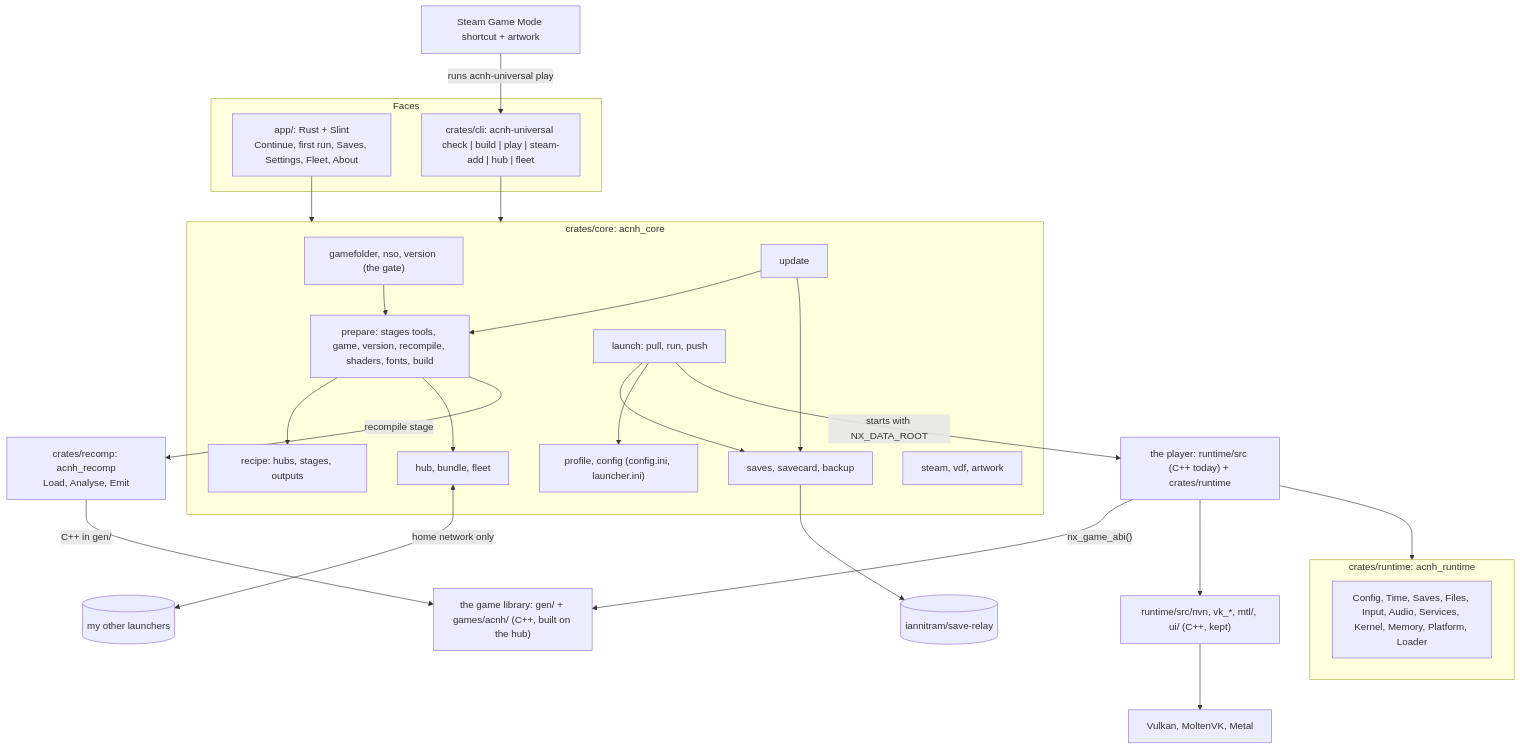
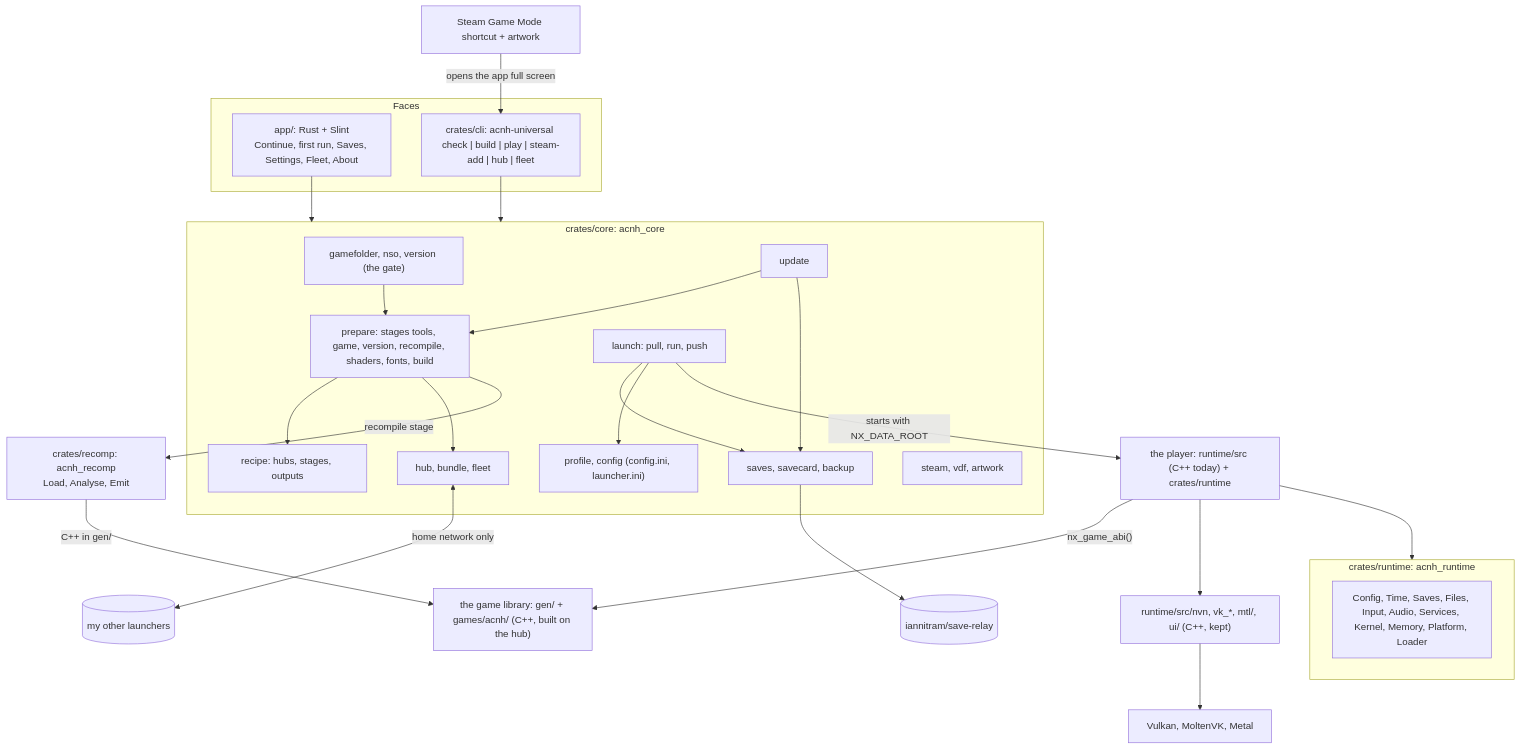
One commit to iannitram/ACNH-Universal changed the diagram in docs/code-map.md. Above: the diagram before and after it, drawn with Mermaid. The commit also changed other lines of this file and 5 other files, not shown here.

Commit message:
Open fullscreen launcher from Steam shortcut

````diff
--- a/docs/code-map.md
+++ b/docs/code-map.md
@@ -34,32 +34,32 @@
 ```mermaid
 flowchart TD
     subgraph Faces
       App["app/: Rust + Slint<br/>Continue, first run, Saves, Settings, Fleet, About"]
       CLI["crates/cli: acnh-universal check | build | play | steam-add | hub | fleet"]
     end
-    Steam["Steam Game Mode shortcut + artwork"] -->|"runs acnh-universal play"| CLI
+    Steam["Steam Game Mode shortcut + artwork"] -->|"opens the app full screen"| CLI
     App --> Core
     CLI --> Core
     subgraph Core["crates/core: acnh_core"]
       Folder["gamefolder, nso, version (the gate)"] --> Prepare["prepare: stages tools, game, version, recompile, shaders, fonts, build"]
       Prepare --> Recipe["recipe: hubs, stages, outputs"]
       Launch["launch: pull, run, push"] --> Saves["saves, savecard, backup"]
       Launch --> Profile["profile, config (config.ini, launcher.ini)"]
       Prepare --> Hub["hub, bundle, fleet"]
       SteamMod["steam, vdf, artwork"]
       Update["update"] --> Prepare
       Update --> Saves
     end
     Prepare -->|"recompile stage"| Recomp["crates/recomp: acnh_recomp<br/>Load, Analyse, Emit"]
     Recomp -->|"C++ in gen/"| GameLib["the game library: gen/ + games/acnh/ (C++, built on the hub)"]
     Launch -->|"starts with NX_DATA_ROOT"| Player["the player: runtime/src (C++ today) + crates/runtime"]
     subgraph Runtime["crates/runtime: acnh_runtime"]
       Svc["Config, Time, Saves, Files, Input, Audio, Services, Kernel, Memory, Platform, Loader"]
     end
     Player --> Runtime
     Player -->|"nx_game_abi()"| GameLib
     Player --> NVN["runtime/src/nvn, vk_*, mtl/, ui/ (C++, kept)"]
     NVN --> VK["Vulkan, MoltenVK, Metal"]
     Saves --> SR[("iannitram/save-relay")]
     Hub <-->|"home network only"| Peers[("my other launchers")]
 ```
````
